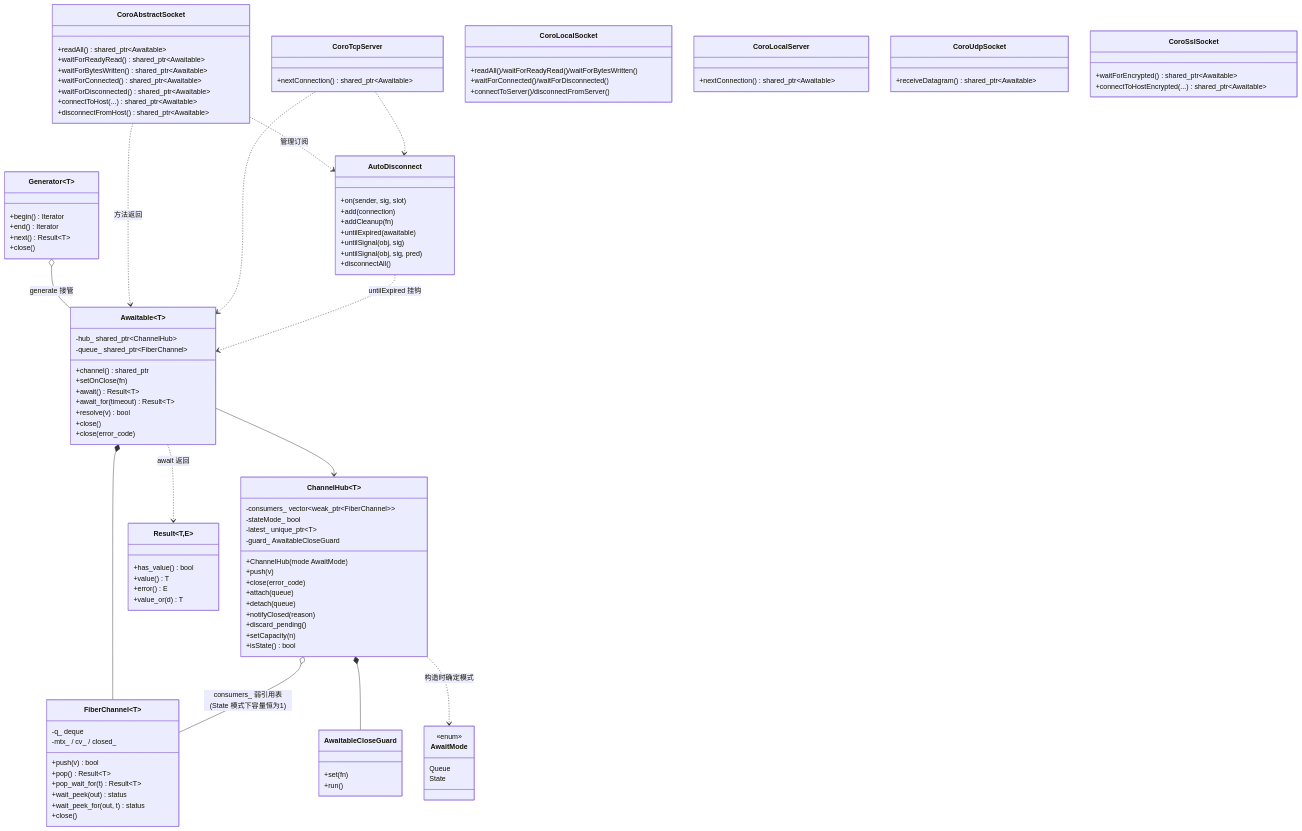
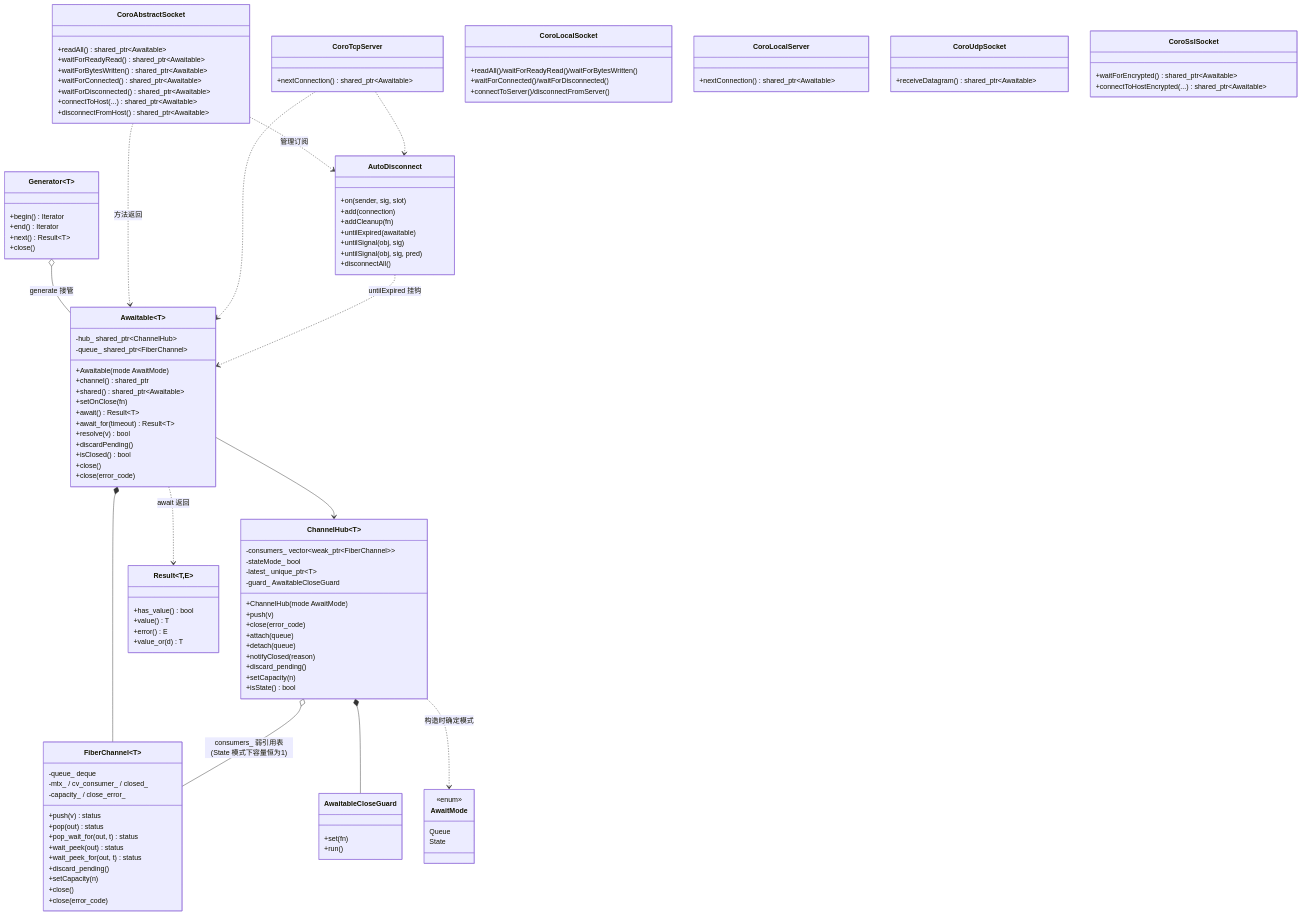
Before and after one commit to Ste7an-cs/AsyncTask: the diagram in doc/img/sdd-05-csc_await.mmd, drawn with Mermaid. The commit also changed 9 other files, not shown here.

First line of the commit message:
docs: 按 ChannelHub 与状态模式重画全部相关图表

```diff
--- a/doc/img/sdd-05-csc_await.mmd
+++ b/doc/img/sdd-05-csc_await.mmd
@@ -1,107 +1,115 @@
 classDiagram
     class Awaitable~T~ {
         -hub_ shared_ptr~ChannelHub~
         -queue_ shared_ptr~FiberChannel~
+        +Awaitable(mode AwaitMode)
         +channel() shared_ptr
+        +shared() shared_ptr~Awaitable~
         +setOnClose(fn)
         +await() Result~T~
         +await_for(timeout) Result~T~
         +resolve(v) bool
+        +discardPending()
+        +isClosed() bool
         +close()
         +close(error_code)
     }
     class AwaitMode {
         <<enum>>
         Queue
         State
     }
     class ChannelHub~T~ {
         +ChannelHub(mode AwaitMode)
         +push(v)
         +close(error_code)
         +attach(queue)
         +detach(queue)
         +notifyClosed(reason)
         +discard_pending()
         +setCapacity(n)
         +isState() bool
         -consumers_ vector~weak_ptr~FiberChannel~~
         -stateMode_ bool
         -latest_ unique_ptr~T~
         -guard_ AwaitableCloseGuard
     }
     class AwaitableCloseGuard {
         +set(fn)
         +run()
     }
     class AutoDisconnect {
         +on(sender, sig, slot)
         +add(connection)
         +addCleanup(fn)
         +untilExpired(awaitable)
         +untilSignal(obj, sig)
         +untilSignal(obj, sig, pred)
         +disconnectAll()
     }
     class Generator~T~ {
         +begin() Iterator
         +end() Iterator
         +next() Result~T~
         +close()
     }
     class FiberChannel~T~ {
-        +push(v) bool
-        +pop() Result~T~
-        +pop_wait_for(t) Result~T~
+        +push(v) status
+        +pop(out) status
+        +pop_wait_for(out, t) status
         +wait_peek(out) status
         +wait_peek_for(out, t) status
+        +discard_pending()
+        +setCapacity(n)
         +close()
-        -q_ deque
-        -mtx_ / cv_ / closed_
+        +close(error_code)
+        -queue_ deque
+        -mtx_ / cv_consumer_ / closed_
+        -capacity_ / close_error_
     }
     class Result~T,E~ {
         +has_value() bool
         +value() T
         +error() E
         +value_or(d) T
     }
     class CoroAbstractSocket {
         +readAll() shared_ptr~Awaitable<QByteArray>~
         +waitForReadyRead() shared_ptr~Awaitable<void>~
         +waitForBytesWritten() shared_ptr~Awaitable<void>~
         +waitForConnected() shared_ptr~Awaitable<void>~
         +waitForDisconnected() shared_ptr~Awaitable<void>~
         +connectToHost(...) shared_ptr~Awaitable<void>~
         +disconnectFromHost() shared_ptr~Awaitable<void>~
     }
     class CoroTcpServer {
         +nextConnection() shared_ptr~Awaitable<QTcpSocket*>~
     }
     class CoroLocalSocket {
         +readAll()/waitForReadyRead()/waitForBytesWritten()
         +waitForConnected()/waitForDisconnected()
         +connectToServer()/disconnectFromServer()
     }
     class CoroLocalServer {
         +nextConnection() shared_ptr~Awaitable<QLocalSocket*>~
     }
     class CoroUdpSocket {
         +receiveDatagram() shared_ptr~Awaitable<QNetworkDatagram>~
     }
     class CoroSslSocket {
         +waitForEncrypted() shared_ptr~Awaitable<void>~
         +connectToHostEncrypted(...) shared_ptr~Awaitable<void>~
     }
 
     Awaitable --> ChannelHub
     Awaitable *-- FiberChannel
     ChannelHub o-- FiberChannel : consumers_ 弱引用表(State 模式下容量恒为1)
     ChannelHub *-- AwaitableCloseGuard
     ChannelHub ..> AwaitMode : 构造时确定模式
     Awaitable ..> Result : await 返回
     Generator o-- Awaitable : generate 接管
     CoroAbstractSocket ..> Awaitable : 方法返回
     CoroAbstractSocket ..> AutoDisconnect : 管理订阅
     CoroTcpServer ..> Awaitable
     CoroTcpServer ..> AutoDisconnect
     AutoDisconnect ..> Awaitable : untilExpired 挂钩
```
